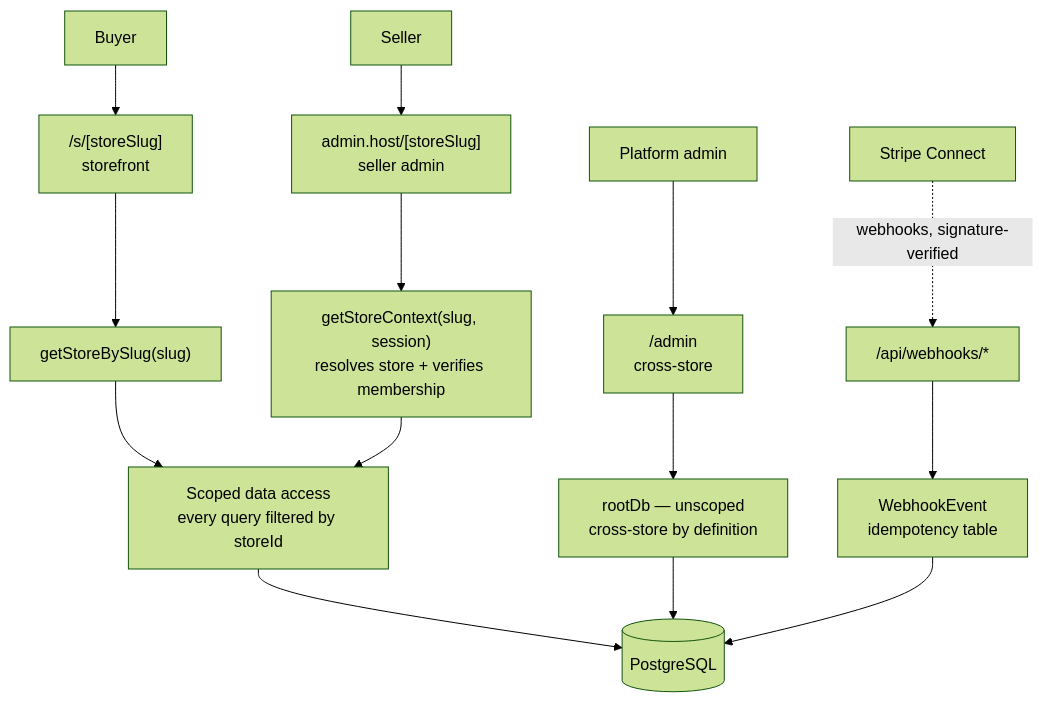
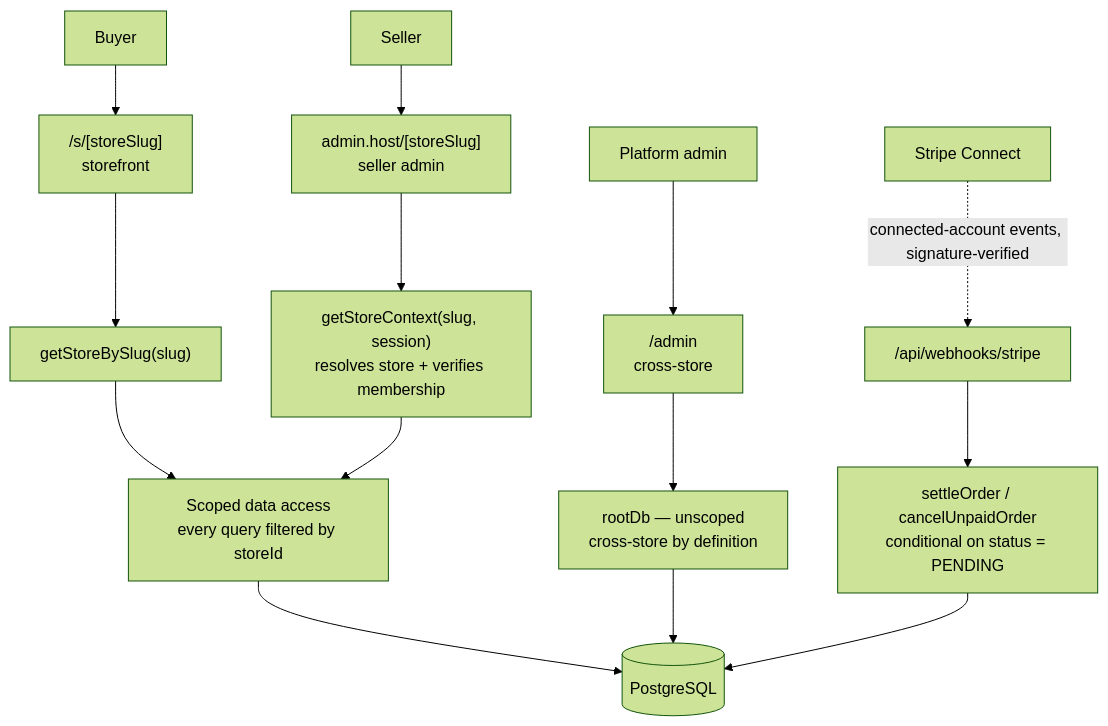
The diagram in README.md (keraa00/Tender-ecommerce), drawn with Mermaid (forest theme) before and after one commit. The commit also changed other lines of this file and 155 other files, not shown here.

Commit message:
Stripe integration completed, payment gateway and order creation API added, Stripe API added

````diff
--- a/README.md
+++ b/README.md
@@ -93,20 +116,20 @@
 ```mermaid
 flowchart TB
     Buyer[Buyer] --> SF["/s/[storeSlug]<br/>storefront"]
     Seller[Seller] --> DASH["admin.host/[storeSlug]<br/>seller admin"]
     Admin[Platform admin] --> PADM["/admin<br/>cross-store"]
 
     SF --> RESOLVE["getStoreBySlug(slug)"]
     DASH --> CTX["getStoreContext(slug, session)<br/>resolves store + verifies membership"]
 
     RESOLVE --> SCOPED[Scoped data access<br/>every query filtered by storeId]
     CTX --> SCOPED
     PADM --> ROOT["rootDb — unscoped<br/>cross-store by definition"]
 
     SCOPED --> PG[(PostgreSQL)]
     ROOT --> PG
 
-    Stripe[Stripe Connect] -.->|"webhooks, signature-verified"| WH["/api/webhooks/*"]
-    WH --> IDEM[WebhookEvent<br/>idempotency table]
-    IDEM --> PG
+    Stripe[Stripe Connect] -.->|"connected-account events, signature-verified"| WH["/api/webhooks/stripe"]
+    WH --> SETTLE["settleOrder / cancelUnpaidOrder<br/>conditional on status = PENDING"]
+    SETTLE --> PG
 ```
````
